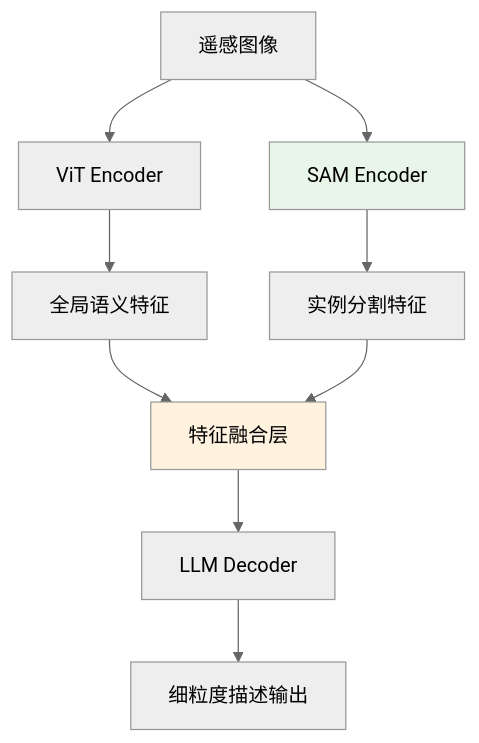
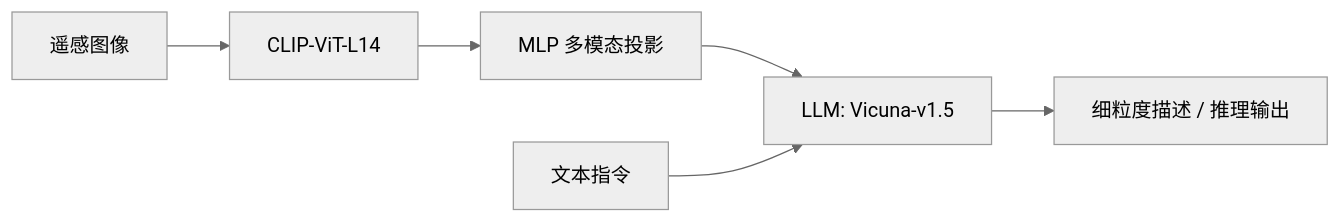
One commit to Qxy661/UAV-WM-VLA-Learning changed the third of 4 diagrams in docs/04-VLM专题/01-遥感VLM.md. Above: the diagram before and after it, drawn with Mermaid (neutral theme). The commit also changed other lines of this file and 53 other files, not shown here.

````diff
--- a/docs/04-VLM专题/01-遥感VLM.md
+++ b/docs/04-VLM专题/01-遥感VLM.md
@@ -146,14 +153,8 @@
 ```mermaid
-graph TB
-    A[遥感图像] --> B[ViT Encoder]
-    A --> C[SAM Encoder]
-    B --> D[全局语义特征]
-    C --> E[实例分割特征]
-    D --> F[特征融合层]
-    E --> F
-    F --> G[LLM Decoder]
-    G --> H[细粒度描述输出]
-    
-    style C fill:#e8f5e9
-    style F fill:#fff3e0
+graph LR
+    A[遥感图像] --> B[CLIP-ViT-L14]
+    B --> C[MLP 多模态投影]
+    C --> D[LLM: Vicuna-v1.5]
+    E[文本指令] --> D
+    D --> F[细粒度描述 / 推理输出]
 ```
````
